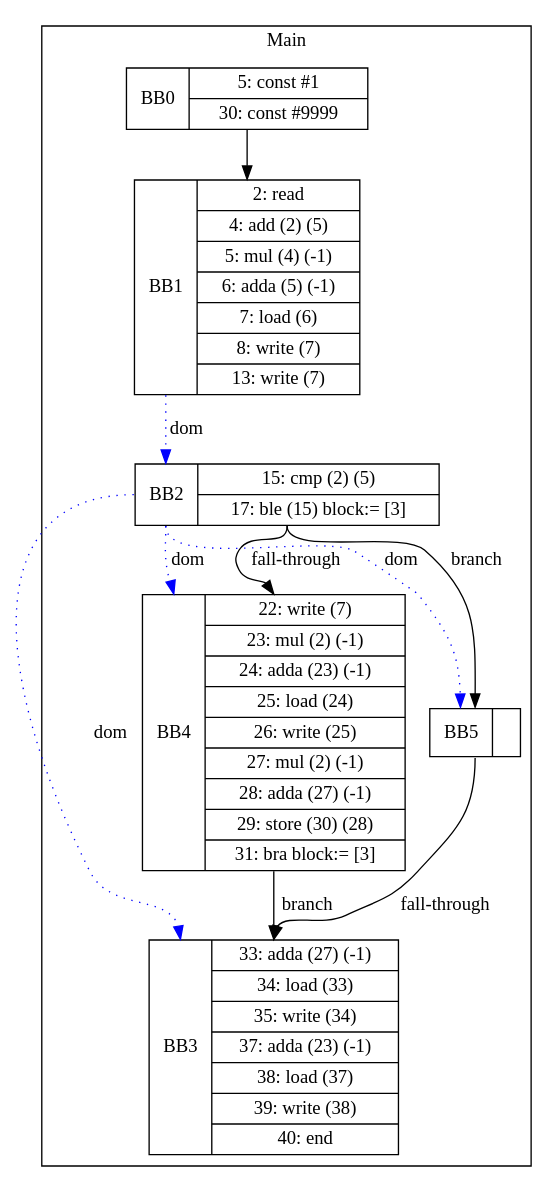
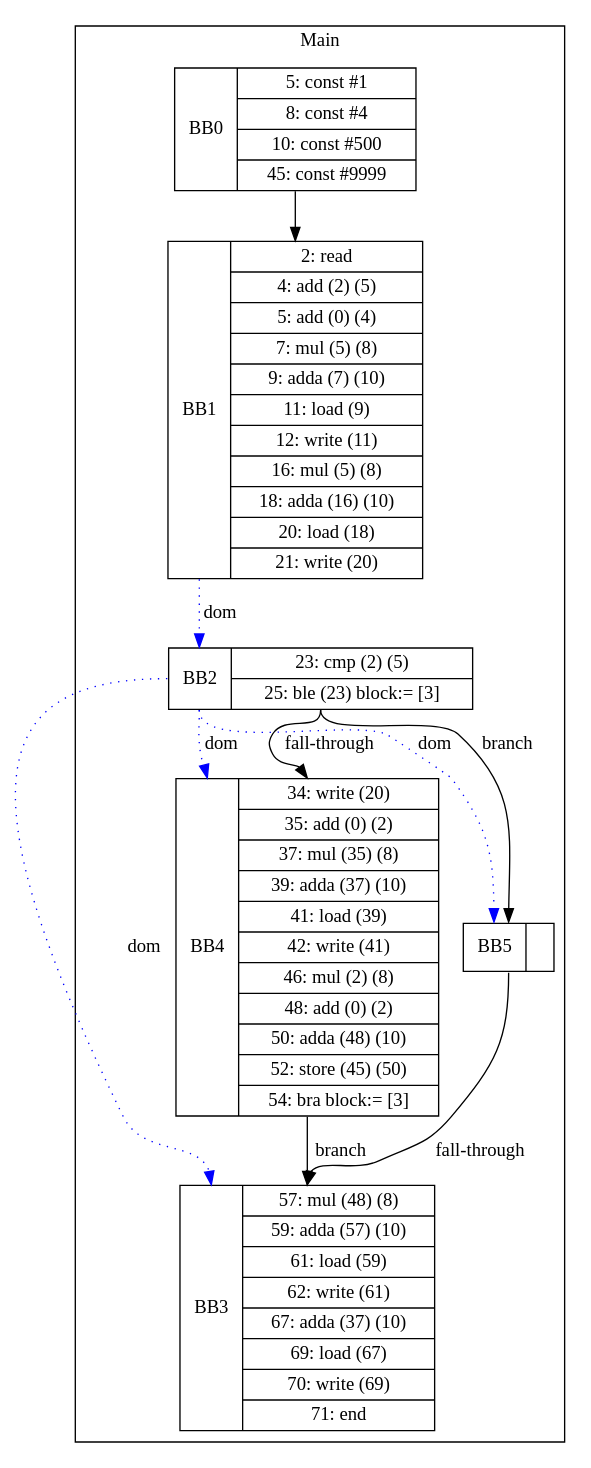
Before and after one commit to zjc664656505/UCI-CS241-Advanced-Compiler-main: the diagram in visualization/cbelem/array/ifJoinKill-2.gv, drawn with Graphviz. The commit also changed 35 other files, not shown here.

```diff
--- a/visualization/cbelem/array/ifJoinKill-2.gv
+++ b/visualization/cbelem/array/ifJoinKill-2.gv
@@ -1,21 +1,21 @@
 digraph G {
 node [shape=record];
 subgraph cluster_main{
 label = "Main";
-BB0 [shape=record, label="<b>BB0|{5: const #1|30: const #9999}"];
-BB1 [shape=record, label="<b>BB1|{2: read|4: add (2) (5)|5: mul (4) (-1)|6: adda (5) (-1)|7: load (6)|8: write (7)|13: write (7)}"];
-BB2 [shape=record, label="<b>BB2|{15: cmp (2) (5)|17: ble (15) block:= [3]}"];
-BB3 [shape=record, label="<b>BB3|{33: adda (27) (-1)|34: load (33)|35: write (34)|37: adda (23) (-1)|38: load (37)|39: write (38)|40: end}"];
-BB4 [shape=record, label="<b>BB4|{22: write (7)|23: mul (2) (-1)|24: adda (23) (-1)|25: load (24)|26: write (25)|27: mul (2) (-1)|28: adda (27) (-1)|29: store (30) (28)|31: bra block:= [3]}"];
+BB0 [shape=record, label="<b>BB0|{5: const #1|8: const #4|10: const #500|45: const #9999}"];
+BB1 [shape=record, label="<b>BB1|{2: read|4: add (2) (5)|5: add (0) (4)|7: mul (5) (8)|9: adda (7) (10)|11: load (9)|12: write (11)|16: mul (5) (8)|18: adda (16) (10)|20: load (18)|21: write (20)}"];
+BB2 [shape=record, label="<b>BB2|{23: cmp (2) (5)|25: ble (23) block:= [3]}"];
+BB3 [shape=record, label="<b>BB3|{57: mul (48) (8)|59: adda (57) (10)|61: load (59)|62: write (61)|67: adda (37) (10)|69: load (67)|70: write (69)|71: end}"];
+BB4 [shape=record, label="<b>BB4|{34: write (20)|35: add (0) (2)|37: mul (35) (8)|39: adda (37) (10)|41: load (39)|42: write (41)|46: mul (2) (8)|48: add (0) (2)|50: adda (48) (10)|52: store (45) (50)|54: bra block:= [3]}"];
 BB5 [shape=record, label="<b>BB5|}"];
 }
 BB0:s -> BB1:n ;
 BB2:b -> BB3:b [color=blue, style=dotted, label="dom"];
 BB2:b -> BB4:b [color=blue, style=dotted, label="dom"];
 BB1:b -> BB2:b [color=blue, style=dotted, label="dom"];
 BB2:b -> BB5:b [color=blue, style=dotted, label="dom"];
 BB2:s -> BB5:n [label="branch"];
 BB4:s -> BB3:n [label="branch"];
 BB5:s -> BB3:n [label="fall-through"];
 BB2:s -> BB4:n [label="fall-through"];
 }
```
